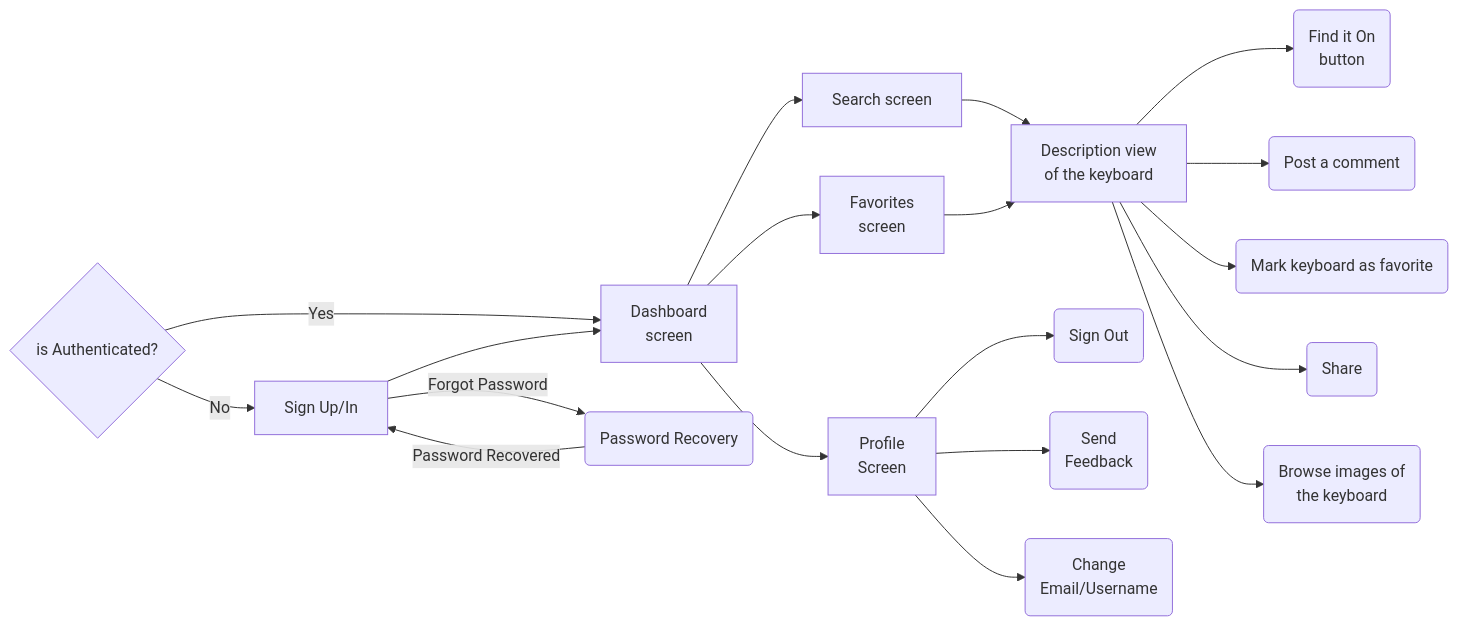
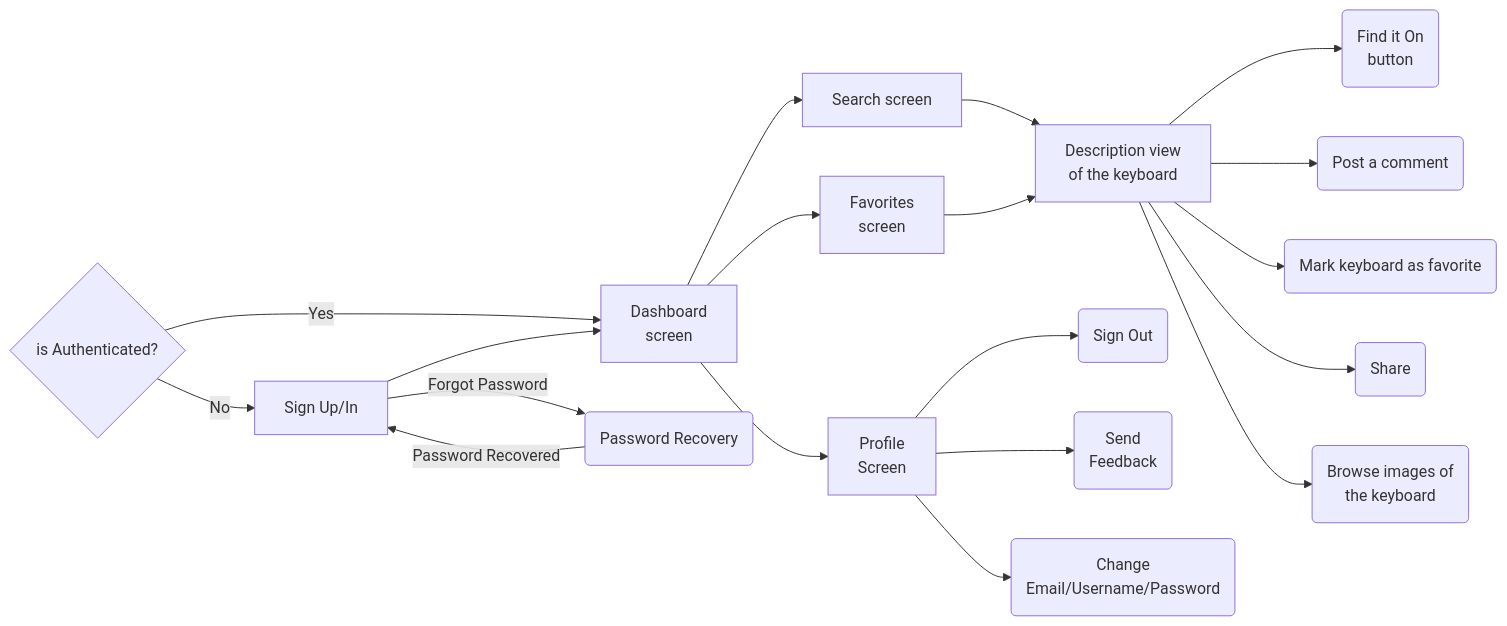
The diagram in docs/flow_of_keytastic/userFlow.md (Vlastrix/keytastic_backend), drawn with Mermaid before and after one commit. The commit also changed other lines of this file, not shown here.

Commit message:
add password change to userFlow.md

````diff
--- a/docs/flow_of_keytastic/userFlow.md
+++ b/docs/flow_of_keytastic/userFlow.md
@@ -2,22 +2,22 @@
 ```mermaid
 graph LR
     C{is Authenticated?}
     C -->|Yes| D[Dashboard \n screen]
     C -->|No| E[Sign Up/In]
     E -->|Forgot Password| Y(Password Recovery)
     Y -->|Password Recovered| E
     E --> D
     D --> H[Search screen]
     H --> I[Description view \n of the keyboard]
     I --> F(Find it On \n button)
     I --> G(Post a comment)
     I --> A(Mark keyboard as favorite)
     I --> B(Share)
     D --> K[Favorites \n screen]
     I --> X(Browse images of \n the keyboard)
     K --> I
     D --> P[Profile \n Screen]
     P --> Q(Sign Out)
     P --> T(Send \n Feedback)
-    P --> R(Change \n Email/Username)
+    P --> R(Change \n Email/Username/Password)
 ```
````
